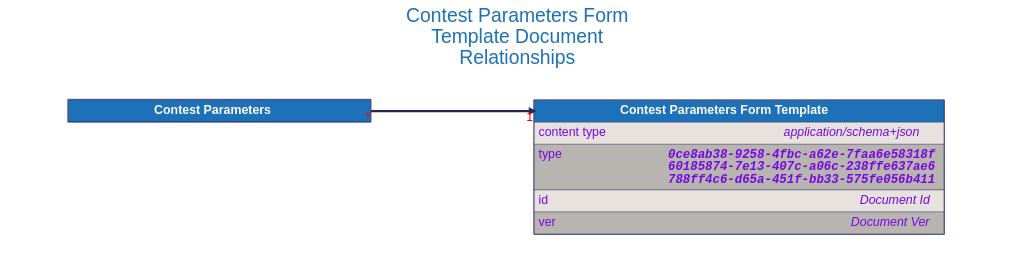
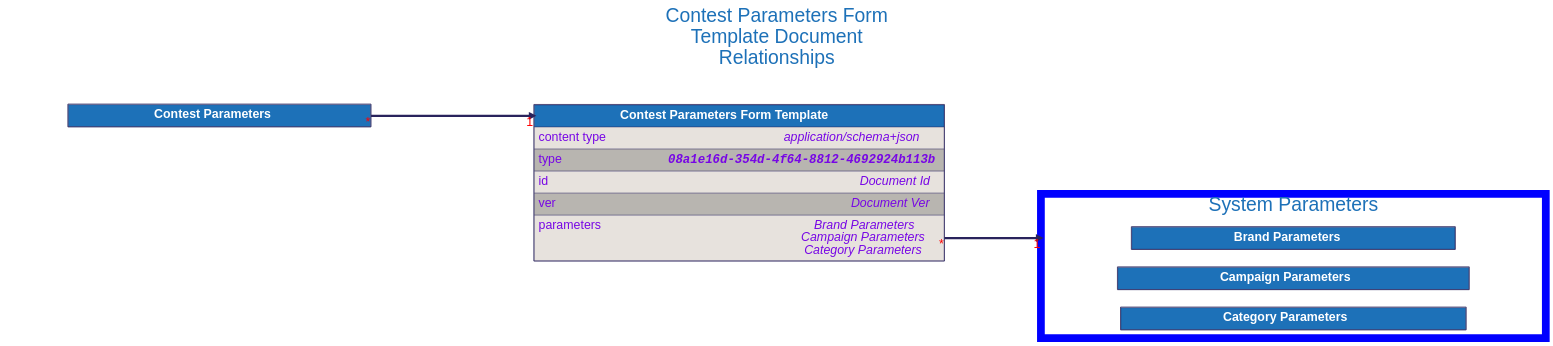
The diagram in docs/src/architecture/08_concepts/signed_doc/diagrams/contest_parameters_form_template.dot (input-output-hk/catalyst-libs), drawn with Graphviz before and after one commit. The commit also changed 466 other files, not shown here.

```diff
--- a/docs/src/architecture/08_concepts/signed_doc/diagrams/contest_parameters_form_template.dot
+++ b/docs/src/architecture/08_concepts/signed_doc/diagrams/contest_parameters_form_template.dot
@@ -1,88 +1,150 @@
 digraph "Contest Parameters Form Template" {
     rankdir="LR"
     graph [fontname="helvetica", fontsize="32", fontcolor="#29235c", bgcolor="white"];
     node [penwidth="0", margin="0", fontname="helvetica", fontsize="32", fontcolor="#29235c"];
     edge [fontname="helvetica", fontsize="32", fontcolor="red", color="#29235c"];
 
     labelloc="t"
     label="Contest Parameters Form
 Template Document
 Relationships"
     fontcolor="#1d71b8"
     fontsize=50
     compound=true
 
 
+
+    subgraph cluster_system_parameters {
+        label = "System Parameters";
+        color=blue
+        penwidth=20
+
+        "Brand Parameters" [
+            id="Brand Parameters";
+            label=<
+                <TABLE BORDER="2" COLOR="#29235c" CELLBORDER="1" CELLSPACING="0" CELLPADDING="10">
+                <TR>
+                    <TD PORT="title" BGCOLOR="#1d71b8" HREF="../brand_parameters/">
+                        <FONT COLOR="#ffffff"><B> Brand Parameters </B></FONT>
+                    </TD>
+                </TR>
+
+                </TABLE>
+            >
+        ];
+
+
+        "Campaign Parameters" [
+            id="Campaign Parameters";
+            label=<
+                <TABLE BORDER="2" COLOR="#29235c" CELLBORDER="1" CELLSPACING="0" CELLPADDING="10">
+                <TR>
+                    <TD PORT="title" BGCOLOR="#1d71b8" HREF="../campaign_parameters/">
+                        <FONT COLOR="#ffffff"><B> Campaign Parameters </B></FONT>
+                    </TD>
+                </TR>
+
+                </TABLE>
+            >
+        ];
+
+
+        "Category Parameters" [
+            id="Category Parameters";
+            label=<
+                <TABLE BORDER="2" COLOR="#29235c" CELLBORDER="1" CELLSPACING="0" CELLPADDING="10">
+                <TR>
+                    <TD PORT="title" BGCOLOR="#1d71b8" HREF="../category_parameters/">
+                        <FONT COLOR="#ffffff"><B> Category Parameters </B></FONT>
+                    </TD>
+                </TR>
+
+                </TABLE>
+            >
+        ];
+
+    }
 
     "Contest Parameters Form Template" [
         id="Contest Parameters Form Template";
         label=<
             <TABLE BORDER="2" COLOR="#29235c" CELLBORDER="1" CELLSPACING="0" CELLPADDING="10">
             <TR>
                 <TD PORT="title" BGCOLOR="#1d71b8" HREF="../contest_parameters_form_template/">
                     <FONT COLOR="#ffffff"><B> Contest Parameters Form Template </B></FONT>
                 </TD>
             </TR>
             <TR>
                 <TD ALIGN="LEFT" PORT="content type" BGCOLOR="#e7e2dd">
                     <TABLE CELLPADDING="0" CELLSPACING="0" BORDER="0">
                         <TR>
                             <TD ALIGN="LEFT" VALIGN="TOP" WIDTH="200"><FONT COLOR="#7706E5">content type</FONT></TD>
                             <TD ALIGN="RIGHT"><FONT COLOR="#7706E5"><I>application/schema+json</I></FONT></TD>
                         </TR>
                     </TABLE>
                 </TD>
             </TR>
             <TR>
                 <TD ALIGN="LEFT" PORT="type" BGCOLOR="#b8b5b0">
                     <TABLE CELLPADDING="0" CELLSPACING="0" BORDER="0">
                         <TR>
                             <TD ALIGN="LEFT" VALIGN="TOP" WIDTH="200"><FONT COLOR="#7706E5">type</FONT></TD>
-                            <TD ALIGN="RIGHT"><FONT FACE="Courier" COLOR="#7706E5"><B><I>0ce8ab38-9258-4fbc-a62e-7faa6e58318f<BR />60185874-7e13-407c-a06c-238ffe637ae6<BR />788ff4c6-d65a-451f-bb33-575fe056b411</I></B></FONT></TD>
+                            <TD ALIGN="RIGHT"><FONT FACE="Courier" COLOR="#7706E5"><B><I>08a1e16d-354d-4f64-8812-4692924b113b</I></B></FONT></TD>
                         </TR>
                     </TABLE>
                 </TD>
             </TR>
             <TR>
                 <TD ALIGN="LEFT" PORT="id" BGCOLOR="#e7e2dd">
                     <TABLE CELLPADDING="0" CELLSPACING="0" BORDER="0">
                         <TR>
                             <TD ALIGN="LEFT" VALIGN="TOP" WIDTH="200"><FONT COLOR="#7706E5">id</FONT></TD>
                             <TD ALIGN="RIGHT"><FONT COLOR="#7706E5"><I>Document Id</I></FONT></TD>
                         </TR>
                     </TABLE>
                 </TD>
             </TR>
             <TR>
                 <TD ALIGN="LEFT" PORT="ver" BGCOLOR="#b8b5b0">
                     <TABLE CELLPADDING="0" CELLSPACING="0" BORDER="0">
                         <TR>
                             <TD ALIGN="LEFT" VALIGN="TOP" WIDTH="200"><FONT COLOR="#7706E5">ver</FONT></TD>
                             <TD ALIGN="RIGHT"><FONT COLOR="#7706E5"><I>Document Ver</I></FONT></TD>
+                        </TR>
+                    </TABLE>
+                </TD>
+            </TR>
+            <TR>
+                <TD ALIGN="LEFT" PORT="parameters" BGCOLOR="#e7e2dd">
+                    <TABLE CELLPADDING="0" CELLSPACING="0" BORDER="0">
+                        <TR>
+                            <TD ALIGN="LEFT" VALIGN="TOP" WIDTH="200"><FONT COLOR="#7706E5">parameters</FONT></TD>
+                            <TD ALIGN="RIGHT"><FONT COLOR="#7706E5"><I>Brand Parameters<BR />Campaign Parameters<BR />Category Parameters</I></FONT></TD>
                         </TR>
                     </TABLE>
                 </TD>
             </TR>
 
             </TABLE>
         >
     ];
 
 
     "Contest Parameters" [
         id="Contest Parameters";
         label=<
             <TABLE BORDER="2" COLOR="#29235c" CELLBORDER="1" CELLSPACING="0" CELLPADDING="10">
             <TR>
                 <TD PORT="title" BGCOLOR="#1d71b8" HREF="../contest_parameters/">
                     <FONT COLOR="#ffffff"><B> Contest Parameters </B></FONT>
                 </TD>
             </TR>
 
             </TABLE>
         >
     ];
 
 
+    "Contest Parameters Form Template":"parameters":e -> "Brand Parameters" [dir=forward, penwidth=6, color="#29235c", headlabel="1", taillabel="*", lhead="cluster_system_parameters"]
     "Contest Parameters":"title":e -> "Contest Parameters Form Template":"title":w [dir=forward, penwidth=6, color="#29235c", headlabel="1", taillabel="*"]
 }
```
